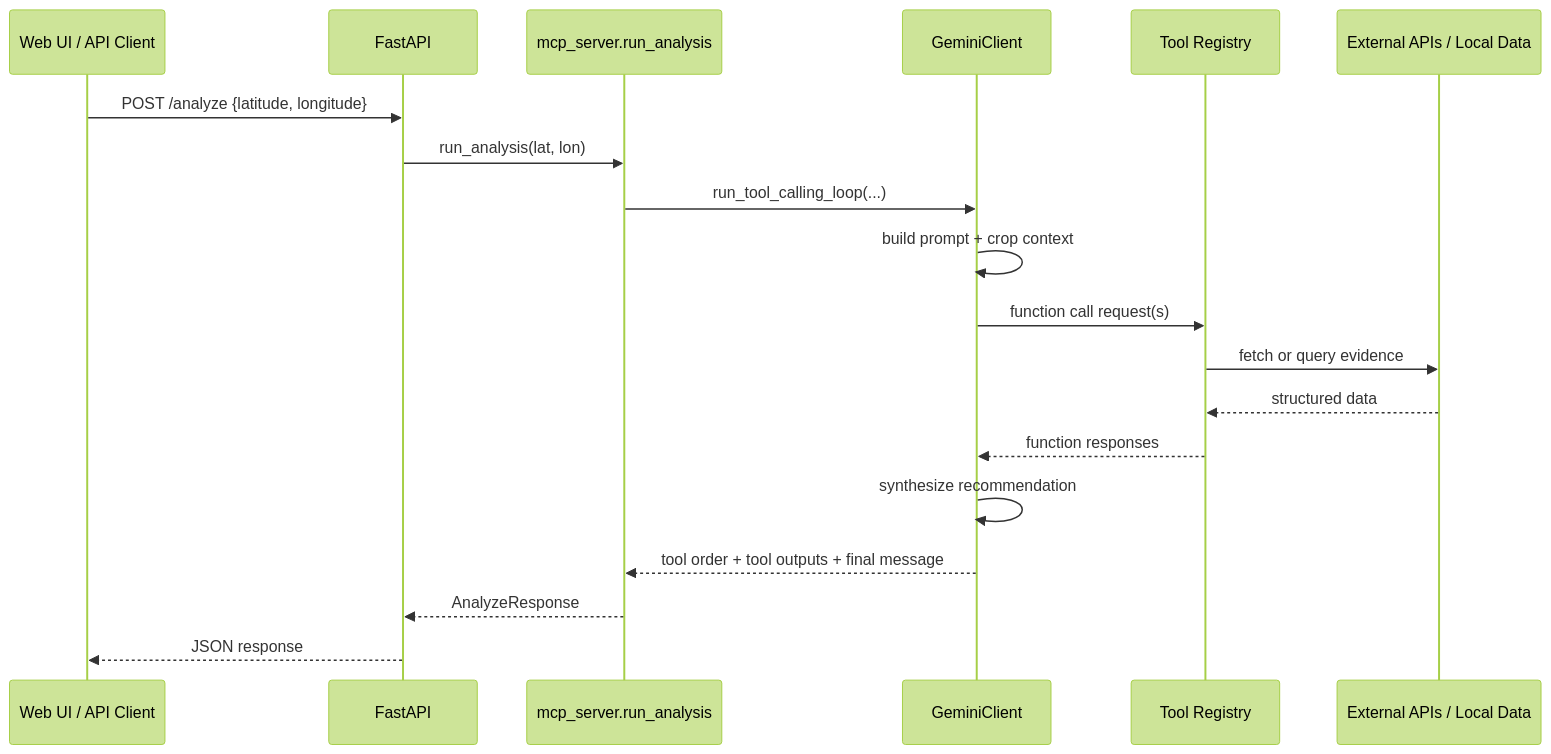
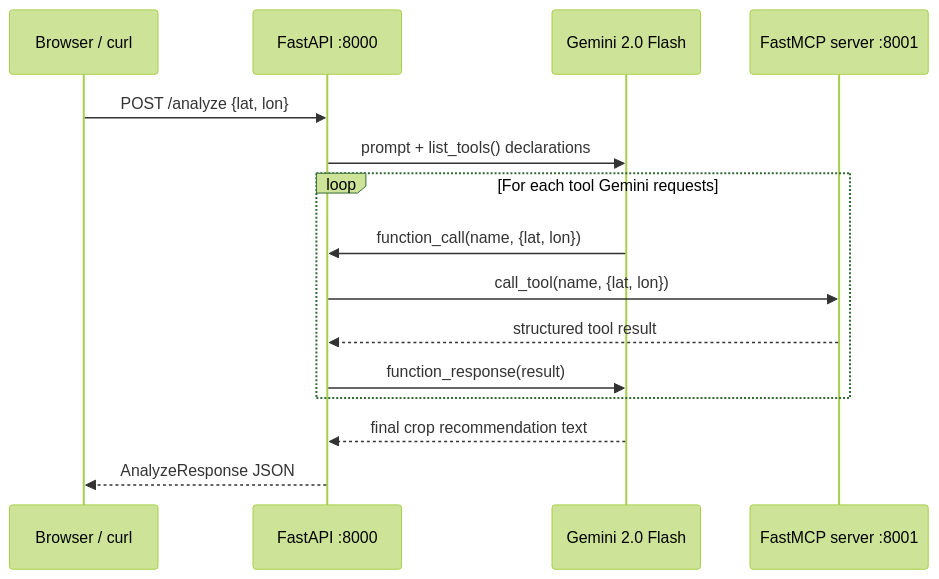
The diagram in README.md (AbhinavKumar0000/MCP-for-Farmers), drawn with Mermaid (forest theme) before and after one commit. The commit also changed other lines of this file and 75 other files, not shown here.

````diff
--- a/README.md
+++ b/README.md
@@ -106,22 +106,18 @@
 ```mermaid
 sequenceDiagram
-    participant UI as Web UI / API Client
-    participant API as FastAPI
-    participant MCP as mcp_server.run_analysis
-    participant LLM as GeminiClient
-    participant TOOLS as Tool Registry
-    participant EXT as External APIs / Local Data
+    participant UI as Browser / curl
+    participant API as FastAPI :8000
+    participant GEM as Gemini 2.0 Flash
+    participant MCP as FastMCP server :8001
 
-    UI->>API: POST /analyze {latitude, longitude}
-    API->>MCP: run_analysis(lat, lon)
-    MCP->>LLM: run_tool_calling_loop(...)
-    LLM->>LLM: build prompt + crop context
-    LLM->>TOOLS: function call request(s)
-    TOOLS->>EXT: fetch or query evidence
-    EXT-->>TOOLS: structured data
-    TOOLS-->>LLM: function responses
-    LLM->>LLM: synthesize recommendation
-    LLM-->>MCP: tool order + tool outputs + final message
-    MCP-->>API: AnalyzeResponse
-    API-->>UI: JSON response
+    UI->>API: POST /analyze {lat, lon}
+    API->>GEM: prompt + list_tools() declarations
+    loop For each tool Gemini requests
+        GEM->>API: function_call(name, {lat, lon})
+        API->>MCP: call_tool(name, {lat, lon})
+        MCP-->>API: structured tool result
+        API->>GEM: function_response(result)
+    end
+    GEM-->>API: final crop recommendation text
+    API-->>UI: AnalyzeResponse JSON
 ```
````
